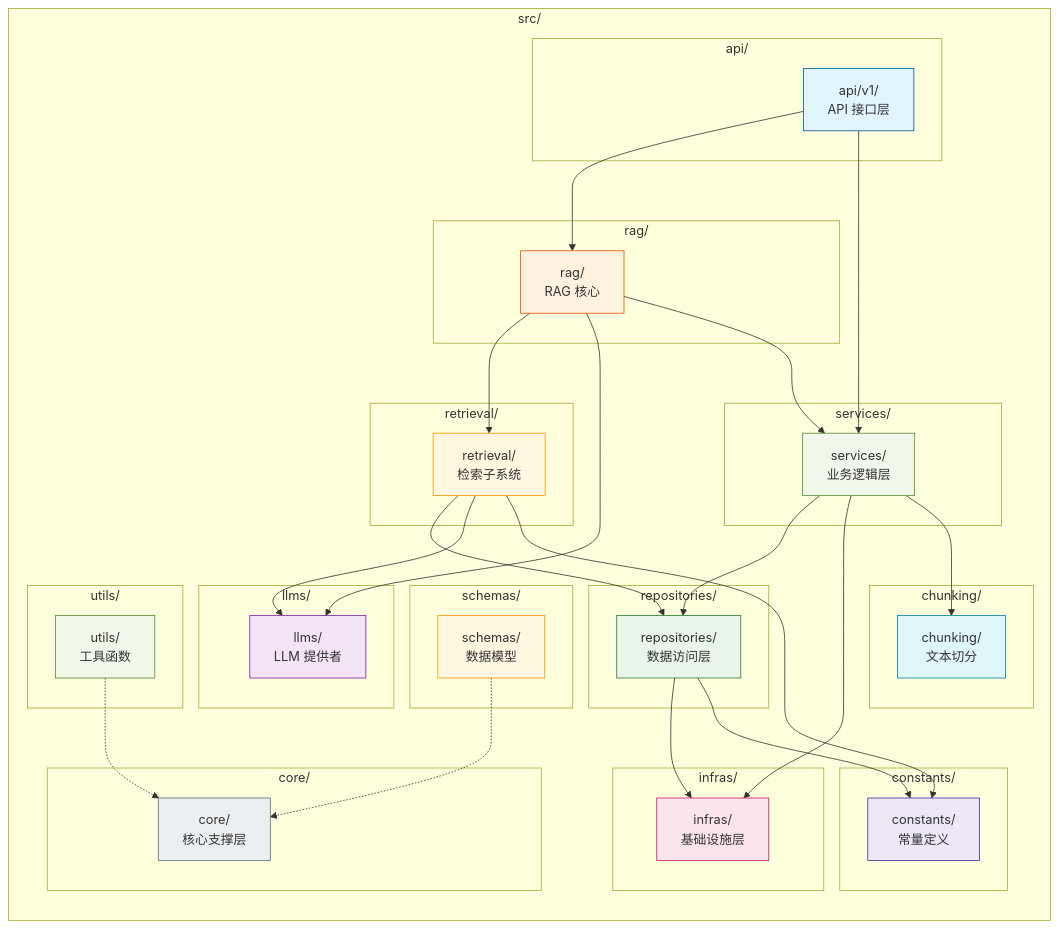
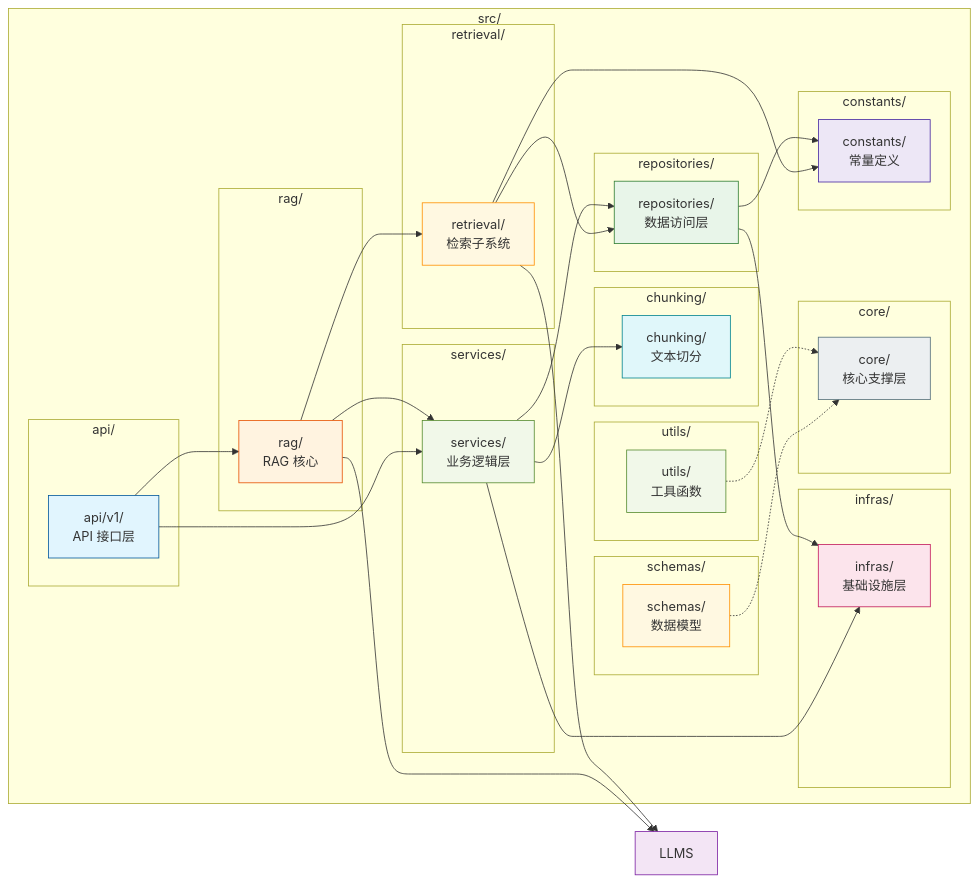
Before and after one commit to chain-engine/x-GuanHai: the third of 4 diagrams in README.md, drawn with Mermaid. The commit also changed other lines of this file and 55 other files, not shown here.

````diff
--- a/README.md
+++ b/README.md
@@ -456,82 +451,78 @@
 ```mermaid
 graph LR
     subgraph "src/"
         subgraph "api/"
             API["api/v1/<br/>API 接口层"]
         end
 
         subgraph "rag/"
             RAG["rag/<br/>RAG 核心"]
         end
 
         subgraph "retrieval/"
             RET["retrieval/<br/>检索子系统"]
-        end
-
-        subgraph "llms/"
-            LLMS["llms/<br/>LLM 提供者"]
         end
 
         subgraph "chunking/"
             CHK["chunking/<br/>文本切分"]
         end
 
         subgraph "services/"
             SVC["services/<br/>业务逻辑层"]
         end
 
         subgraph "repositories/"
             REPO["repositories/<br/>数据访问层"]
         end
 
         subgraph "infras/"
             INFRAS["infras/<br/>基础设施层"]
         end
 
         subgraph "core/"
             CORE["core/<br/>核心支撑层"]
         end
 
         subgraph "constants/"
             CONST["constants/<br/>常量定义"]
         end
 
         subgraph "schemas/"
             SCHEMAS["schemas/<br/>数据模型"]
         end
 
         subgraph "utils/"
             UTILS["utils/<br/>工具函数"]
         end
     end
 
     API --> RAG
     API --> SVC
     RAG --> RET
     RAG --> LLMS
     RAG --> SVC
     RET --> REPO
     RET --> LLMS
     SVC --> REPO
     SVC --> INFRAS
     SVC --> CHK
     REPO --> INFRAS
     RET --> CONST
     REPO --> CONST
 
     SCHEMAS -.-> CORE
     UTILS -.-> CORE
 
     style API fill:#e1f5fe,stroke:#01579b
     style RAG fill:#fff3e0,stroke:#e65100
     style RET fill:#fff8e1,stroke:#ff8f00
     style LLMS fill:#f3e5f5,stroke:#7b1fa2
     style CHK fill:#e0f7fa,stroke:#00838f
     style SVC fill:#f1f8e9,stroke:#558b2f
     style REPO fill:#e8f5e9,stroke:#2e7d32
     style INFRAS fill:#fce4ec,stroke:#c2185b
     style CORE fill:#eceff1,stroke:#546e7a
     style CONST fill:#ede7f6,stroke:#4527a0
     style SCHEMAS fill:#fff8e1,stroke:#ff8f00
     style UTILS fill:#f1f8e9,stroke:#558b2f
 ```
````
